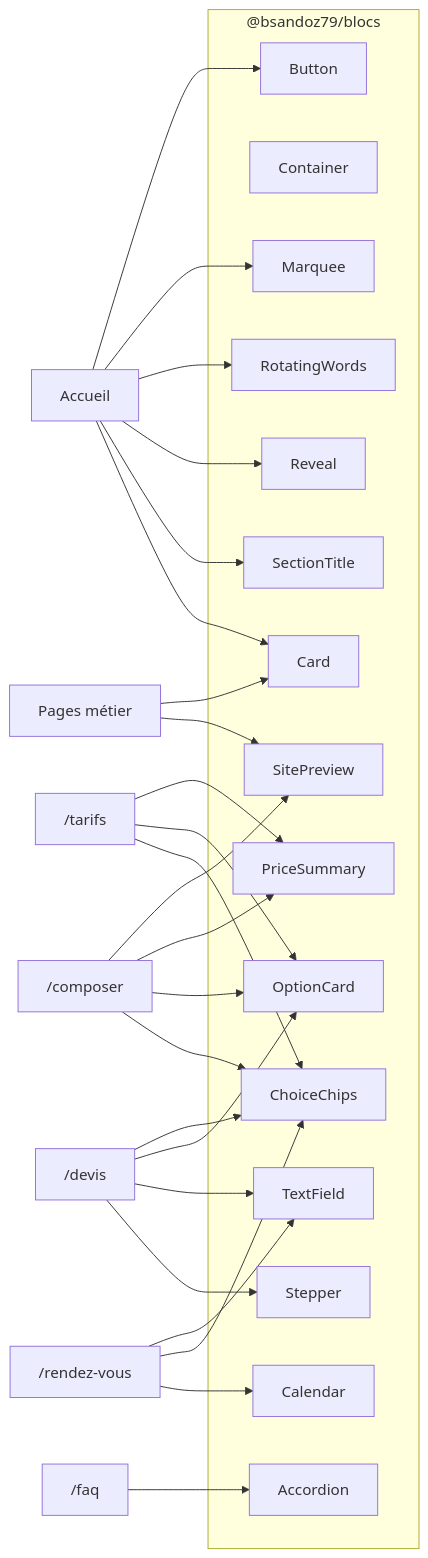
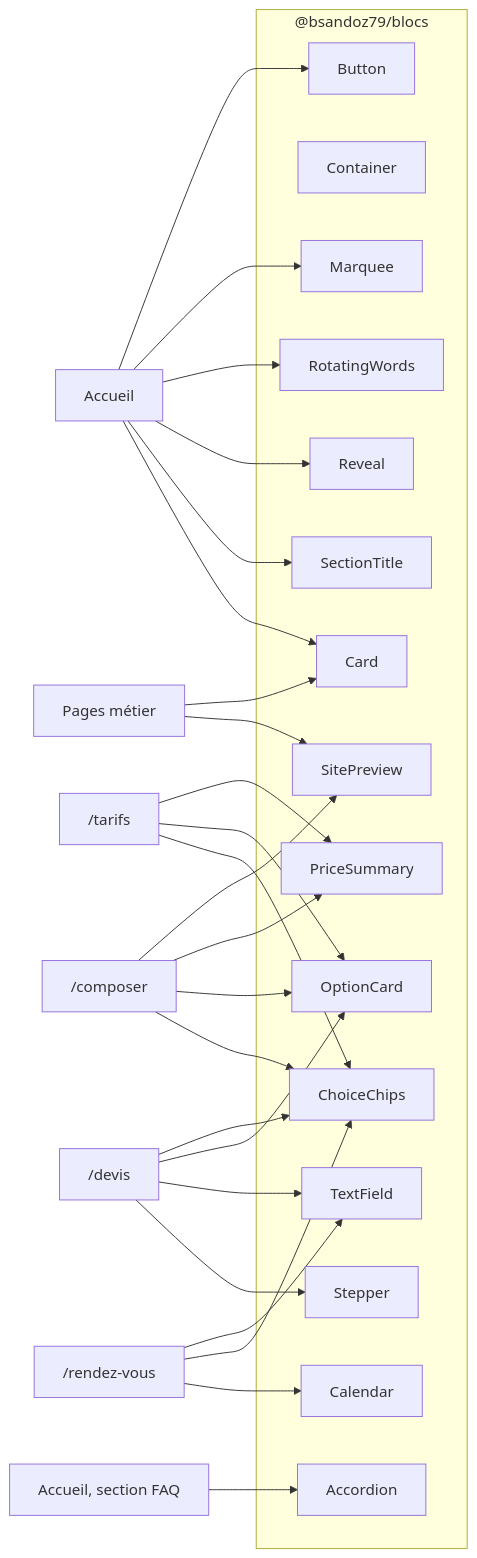
One commit to bsandoz79/bsandoz-site changed the second of 2 diagrams in docs/fonctionnalites/blocs.md. Above: the diagram before and after it, drawn with Mermaid. The commit also changed 15 other files, not shown here.

Commit message:
feat: FAQ en bas de l'accueil, 3 questions puis « Voir plus »

````diff
--- a/docs/fonctionnalites/blocs.md
+++ b/docs/fonctionnalites/blocs.md
@@ -36,14 +36,14 @@
 ```mermaid
 flowchart LR
   subgraph Blocs["@bsandoz79/blocs"]
     Button; Container; Card; SectionTitle; Reveal; RotatingWords; Marquee
     ChoiceChips; OptionCard; PriceSummary; SitePreview; Stepper; TextField; Accordion; Calendar
   end
   Home["Accueil"] --> Card & SectionTitle & Reveal & RotatingWords & Marquee & Button
   Composer["/composer"] --> ChoiceChips & OptionCard & PriceSummary & SitePreview
   Tarifs["/tarifs"] --> ChoiceChips & OptionCard & PriceSummary
   Devis["/devis"] --> Stepper & TextField & OptionCard & ChoiceChips
   RDV["/rendez-vous"] --> Calendar & ChoiceChips & TextField
-  Faq["/faq"] --> Accordion
+  Faq["Accueil, section FAQ"] --> Accordion
   Metier["Pages métier"] --> SitePreview & Card
 ```
````
